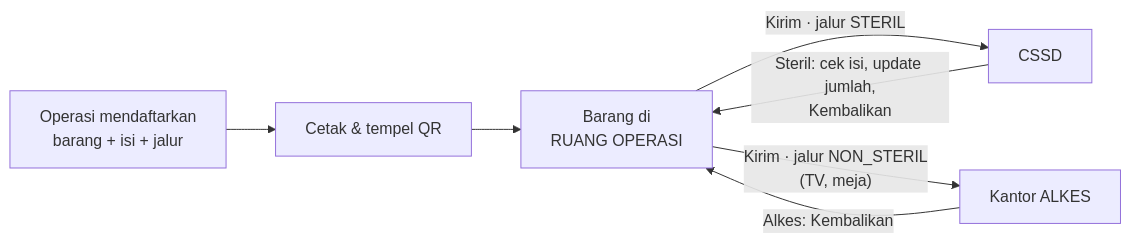
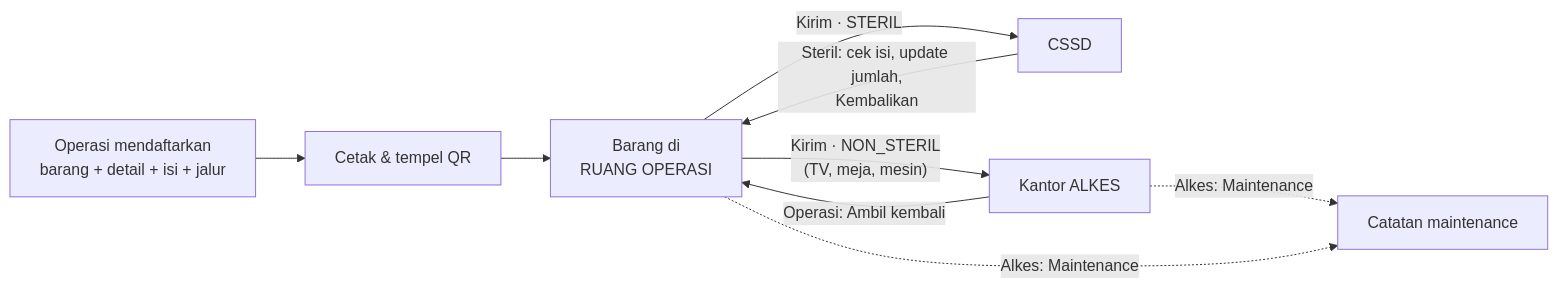
One commit to mferdinandr/inventory-management changed the first of 4 diagrams in docs/05-user-flows.md. Above: the diagram before and after it, drawn with Mermaid. The commit also changed other lines of this file, not shown here.

First line of the commit message:
docs: rewrite user flows for maintenance, item details and Alkes read-only movement

````diff
--- a/docs/05-user-flows.md
+++ b/docs/05-user-flows.md
@@ -5,9 +5,11 @@
 ```mermaid
 flowchart LR
-    A["Operasi mendaftarkan<br/>barang + isi + jalur"] --> B["Cetak & tempel QR"]
+    A["Operasi mendaftarkan<br/>barang + detail + isi + jalur"] --> B["Cetak & tempel QR"]
     B --> C["Barang di<br/>RUANG OPERASI"]
-    C -->|"Kirim · jalur STERIL"| D["CSSD"]
+    C -->|"Kirim · STERIL"| D["CSSD"]
     D -->|"Steril: cek isi, update jumlah,<br/>Kembalikan"| C
-    C -->|"Kirim · jalur NON_STERIL<br/>(TV, meja)"| F["Kantor ALKES"]
-    F -->|"Alkes: Kembalikan"| C
+    C -->|"Kirim · NON_STERIL<br/>(TV, meja, mesin)"| F["Kantor ALKES"]
+    F -->|"Operasi: Ambil kembali"| C
+    F -.->|"Alkes: Maintenance"| M["Catatan maintenance"]
+    C -.->|"Alkes: Maintenance"| M
 ```
````
